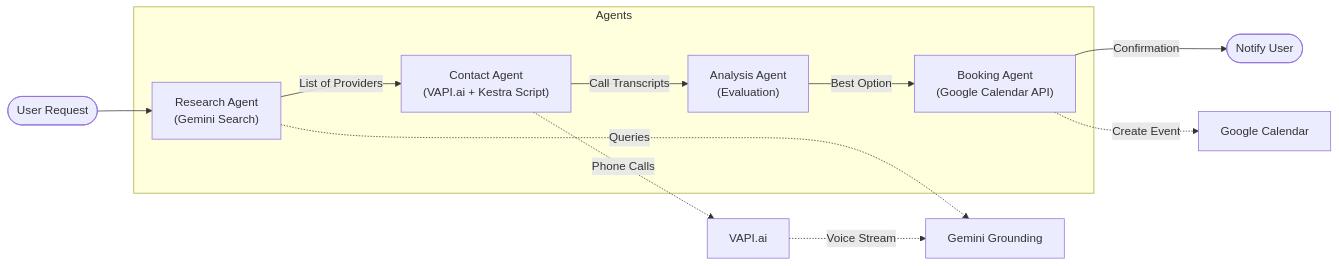
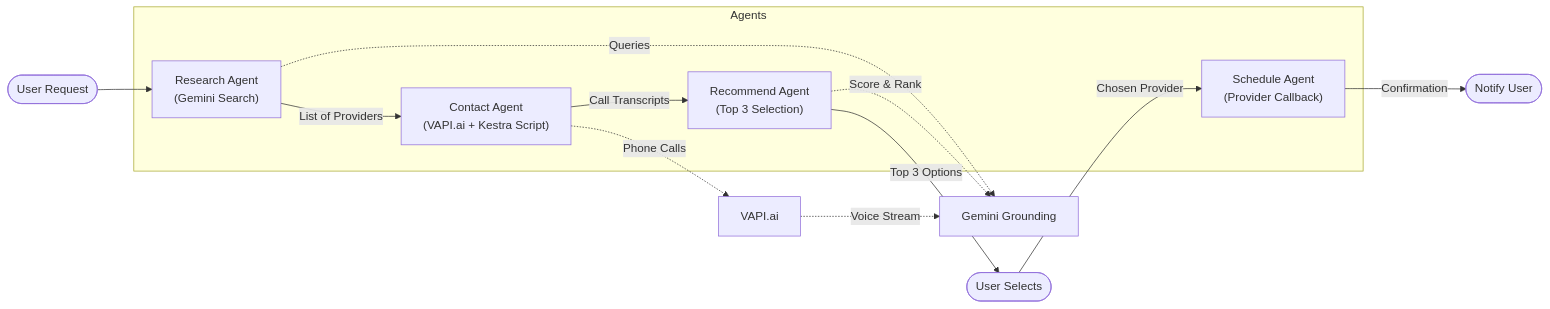
Before and after one commit to beetz12/concierge-ai: the ninth of 15 diagrams in docs/architecture.md, drawn with Mermaid. The commit also changed other lines of this file and 35 other files, not shown here.

````diff
--- a/docs/architecture.md
+++ b/docs/architecture.md
@@ -999,21 +999,22 @@
 ```mermaid
 flowchart LR
     Start([User Request]) --> Research
 
     subgraph Agents
         Research["Research Agent<br/>(Gemini Search)"]
         Contact["Contact Agent<br/>(VAPI.ai + Kestra Script)"]
-        Analysis["Analysis Agent<br/>(Evaluation)"]
-        Booking["Booking Agent<br/>(Google Calendar API)"]
+        Analysis["Recommend Agent<br/>(Top 3 Selection)"]
+        Booking["Schedule Agent<br/>(Provider Callback)"]
     end
 
     Research -->|List of Providers| Contact
     Contact -->|Call Transcripts| Analysis
-    Analysis -->|Best Option| Booking
+    Analysis -->|Top 3 Options| UserSelect([User Selects])
+    UserSelect -->|Chosen Provider| Booking
     Booking -->|Confirmation| End([Notify User])
 
     Research -.->|Queries| Gemini[Gemini Grounding]
     Contact -.->|Phone Calls| VAPI[VAPI.ai]
     VAPI -.->|Voice Stream| Gemini
-    Booking -.->|Create Event| GCal[Google Calendar]
+    Analysis -.->|Score & Rank| Gemini
 ```
````
